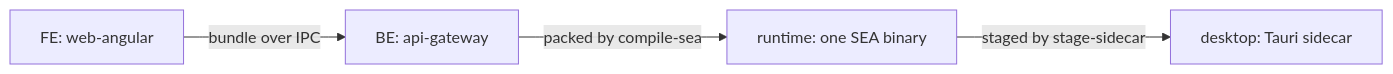
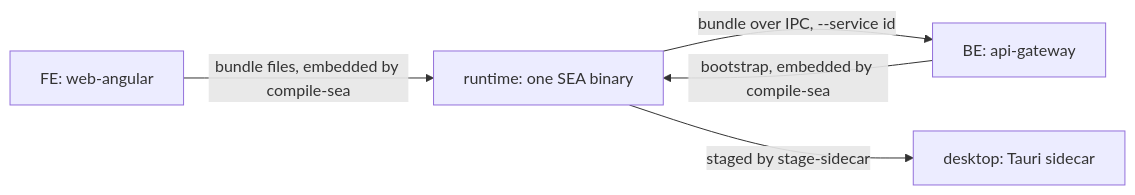
Before and after one commit to virgenherrera/lan-solution-template: the diagram in docs/architecture/stages.md, drawn with Mermaid. The commit also changed other lines of this file and 1 other file, not shown here.

````diff
--- a/docs/architecture/stages.md
+++ b/docs/architecture/stages.md
@@ -61,6 +65,7 @@
 ```mermaid
 flowchart LR
-    FE["FE: web-angular"] -->|"bundle over IPC"| BE["BE: api-gateway"]
-    BE -->|"packed by compile-sea"| RT["runtime: one SEA binary"]
+    FE["FE: web-angular"] -->|"bundle files, embedded by compile-sea"| RT["runtime: one SEA binary"]
+    BE["BE: api-gateway"] -->|"bootstrap, embedded by compile-sea"| RT
+    RT -->|"bundle over IPC, --service id"| BE
     RT -->|"staged by stage-sidecar"| DK["desktop: Tauri sidecar"]
 ```
````
